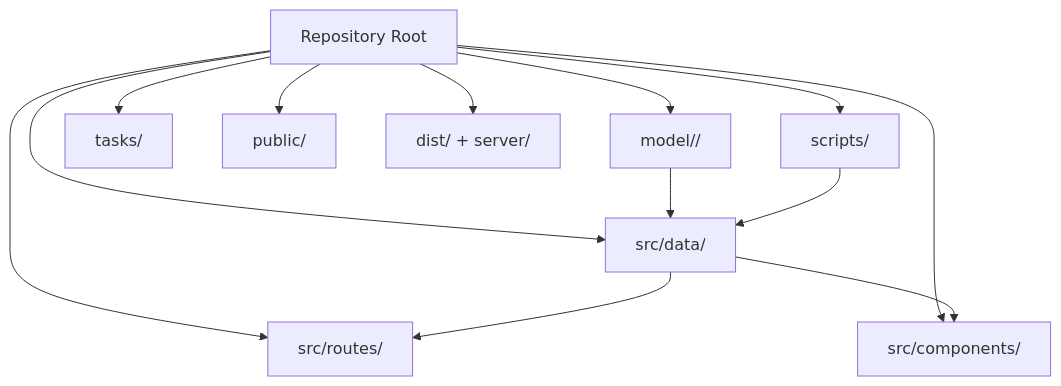
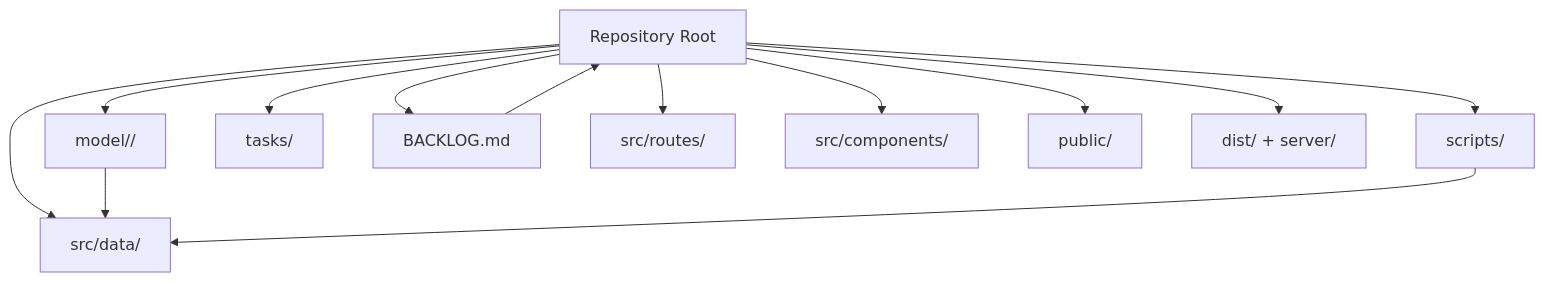
The first of 4 diagrams in .qoder/repowiki/en/content/Getting Started.md (delirium-dj/modelcomp), drawn with Mermaid before and after one commit. The commit also changed other lines of this file and 22 other files, not shown here.

````diff
--- a/.qoder/repowiki/en/content/Getting Started.md
+++ b/.qoder/repowiki/en/content/Getting Started.md
@@ -51,24 +60,25 @@
 ```mermaid
 graph TB
 Repo["Repository Root"]
 ModelDir["model/<slug>/"]
 SrcData["src/data/"]
 Scripts["scripts/"]
 Tasks["tasks/"]
+Backlog["BACKLOG.md"]
 SrcRoutes["src/routes/"]
 SrcComponents["src/components/"]
 Public["public/"]
 Dist["dist/ + server/"]
 Repo --> ModelDir
 Repo --> SrcData
 Repo --> Scripts
 Repo --> Tasks
+Repo --> Backlog
 Repo --> SrcRoutes
 Repo --> SrcComponents
 Repo --> Public
 Repo --> Dist
 ModelDir --> SrcData
 Scripts --> SrcData
-SrcData --> SrcRoutes
-SrcData --> SrcComponents
+Backlog --> Repo
 ```
````
